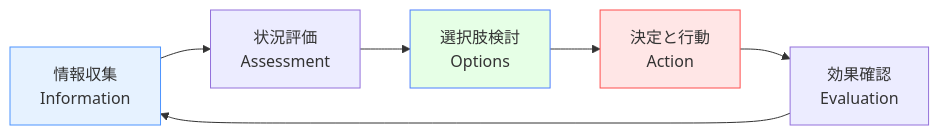
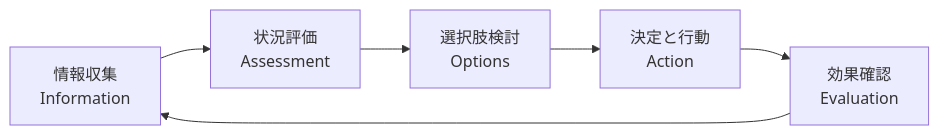
The second of 11 diagrams in docs/applications/maritime-dm.md (shuji-bonji/Situational-Awareness-and-Decision-Making), drawn with Mermaid before and after one commit. The commit also changed other lines of this file and 49 other files, not shown here.

Commit message:
fix: ダークモードで見づらい図の色の変更

````diff
--- a/docs/applications/maritime-dm.md
+++ b/docs/applications/maritime-dm.md
@@ -64,12 +64,12 @@
     ```mermaid
     graph LR
         A[情報収集<br>Information] --> B[状況評価<br>Assessment]
         B --> C[選択肢検討<br>Options]
         C --> D[決定と行動<br>Action]
         D --> E[効果確認<br>Evaluation]
         E --> A
         
-        style A fill:#e6f2ff,stroke:#4d94ff
-        style C fill:#e6ffe6,stroke:#4d7fff
-        style D fill:#ffe6e6,stroke:#ff4d4d
+    
+    
+    
     ```
````
